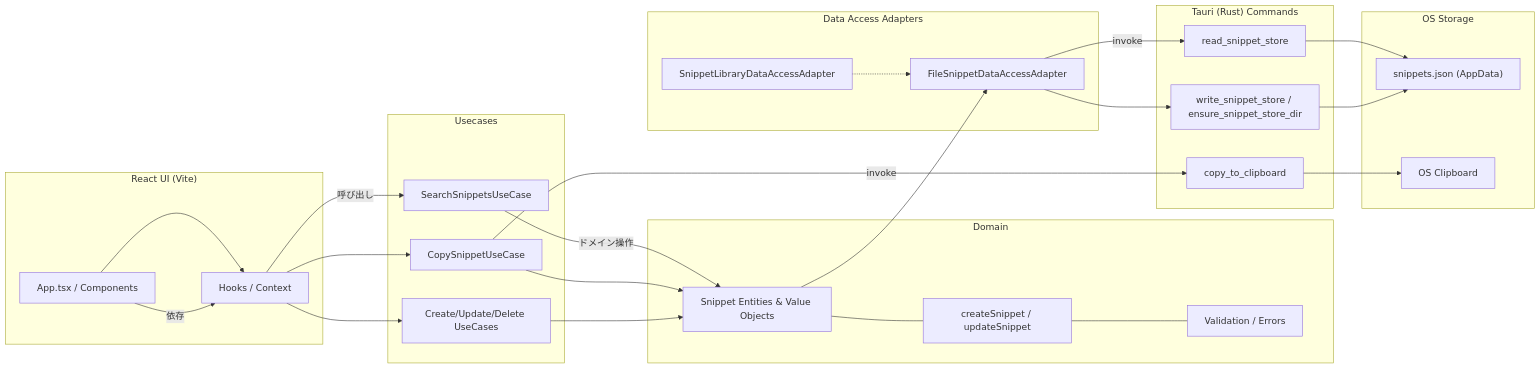
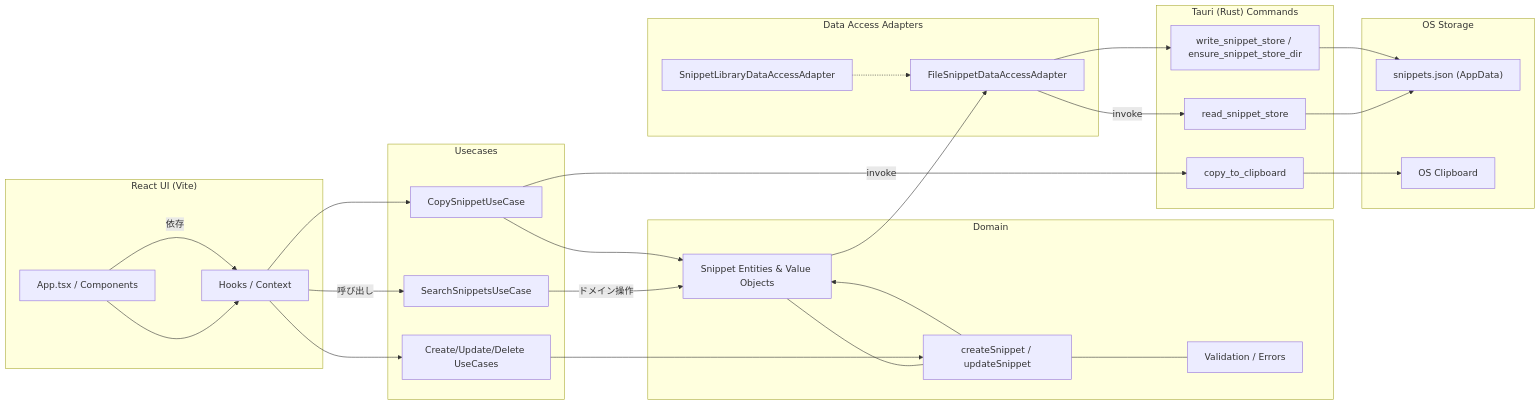
One commit to yuuki330/codespark changed the diagram in docs/architecture-diagram.md. Above: the diagram before and after it, drawn with Mermaid. The commit also changed other lines of this file, not shown here.

Commit message:
docs: clarify domain arrows

````diff
--- a/docs/architecture-diagram.md
+++ b/docs/architecture-diagram.md
@@ -5,52 +5,53 @@
 ```mermaid
 flowchart LR
 
   subgraph UI["React UI (Vite)"]
     App["App.tsx / Components"]
     App --> Hooks["Hooks / Context"]
   end
 
   subgraph Usecases["Usecases"]
     Search["SearchSnippetsUseCase"]
     Copy["CopySnippetUseCase"]
     CRUD["Create/Update/Delete UseCases"]
   end
 
   subgraph Domain["Domain"]
     Snippet["Snippet Entities & Value Objects"]
     Factory["createSnippet / updateSnippet"]
     Validation["Validation / Errors"]
     Snippet --- Factory
     Factory --- Validation
   end
 
   subgraph DataAccess["Data Access Adapters"]
     FileAdapter["FileSnippetDataAccessAdapter"]
     LibraryPort["SnippetLibraryDataAccessAdapter"]
   end
 
   subgraph Tauri["Tauri (Rust) Commands"]
     ClipboardCmd["copy_to_clipboard"]
     StoreRead["read_snippet_store"]
     StoreWrite["write_snippet_store / ensure_snippet_store_dir"]
   end
 
   subgraph Storage["OS Storage"]
     JsonFile["snippets.json (AppData)"]
     Clipboard["OS Clipboard"]
   end
 
   App -->|依存| Hooks -->|呼び出し| Search
   Hooks --> Copy
   Hooks --> CRUD
   Search -->|ドメイン操作| Snippet
   Copy --> Snippet
-  CRUD --> Snippet
+  CRUD --> Factory
+  Factory --> Snippet
   Snippet --> FileAdapter
   FileAdapter -->|invoke| StoreRead
   FileAdapter --> StoreWrite
   StoreRead --> JsonFile
   StoreWrite --> JsonFile
   Copy -->|invoke| ClipboardCmd --> Clipboard
   LibraryPort -.-> FileAdapter
 ```
````
